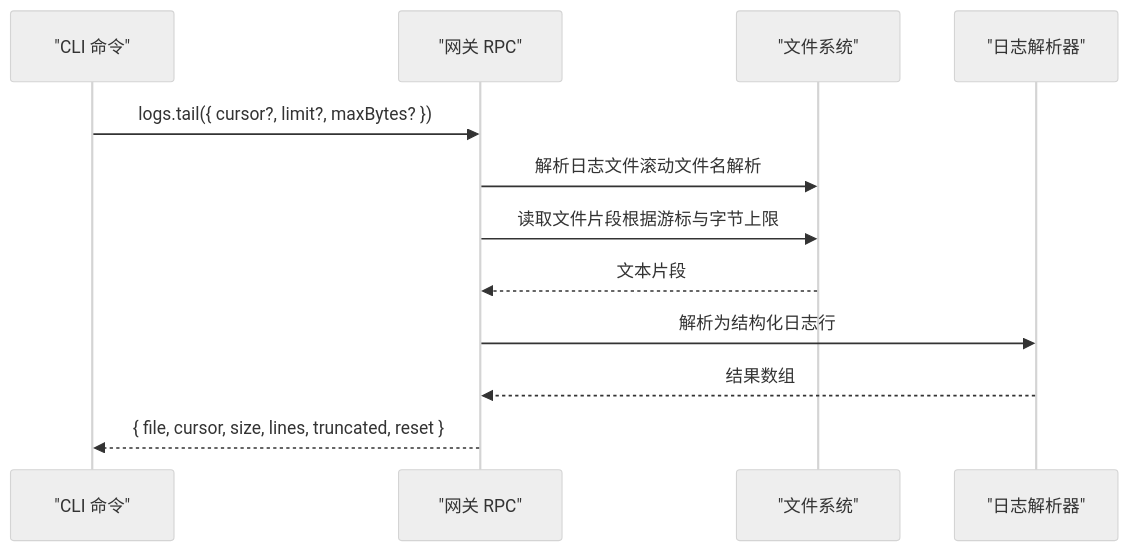
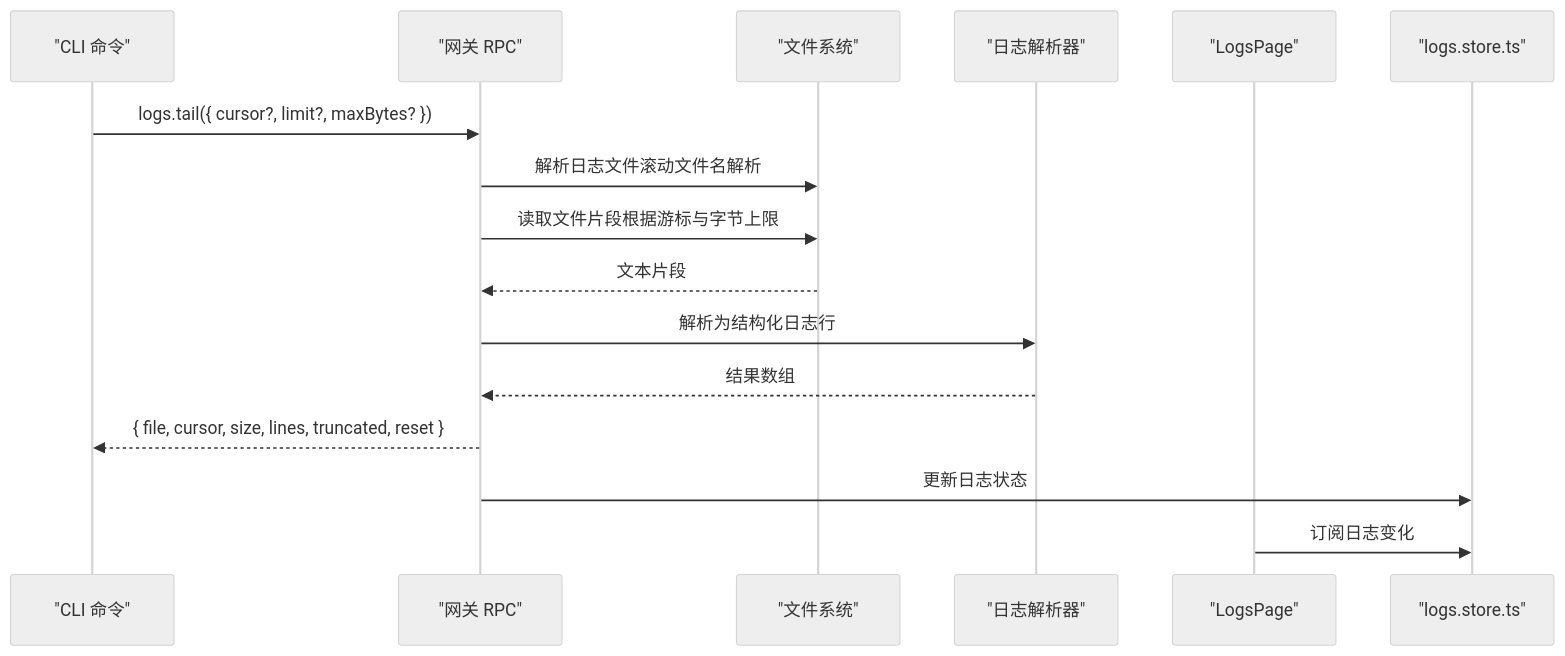
Before and after one commit to verse-ai-org/openclaw: the fifth of 6 diagrams in .qoder/repowiki/zh/content/网关服务器/监控与诊断.md, drawn with Mermaid (neutral theme). The commit also changed other lines of this file and 46 other files, not shown here.

````diff
--- a/.qoder/repowiki/zh/content/网关服务器/监控与诊断.md
+++ b/.qoder/repowiki/zh/content/网关服务器/监控与诊断.md
@@ -252,14 +343,18 @@
 ```mermaid
 sequenceDiagram
 participant CLI as "CLI 命令"
 participant GW as "网关 RPC"
 participant FS as "文件系统"
 participant Parser as "日志解析器"
+participant LogsUI as "LogsPage"
+participant LogsStore as "logs.store.ts"
 CLI->>GW : logs.tail({ cursor?, limit?, maxBytes? })
 GW->>FS : 解析日志文件滚动文件名解析
 GW->>FS : 读取文件片段根据游标与字节上限
 FS-->>GW : 文本片段
 GW->>Parser : 解析为结构化日志行
 Parser-->>GW : 结果数组
 GW-->>CLI : { file, cursor, size, lines, truncated, reset }
+GW->>LogsStore : 更新日志状态
+LogsUI->>LogsStore : 订阅日志变化
 ```
````
